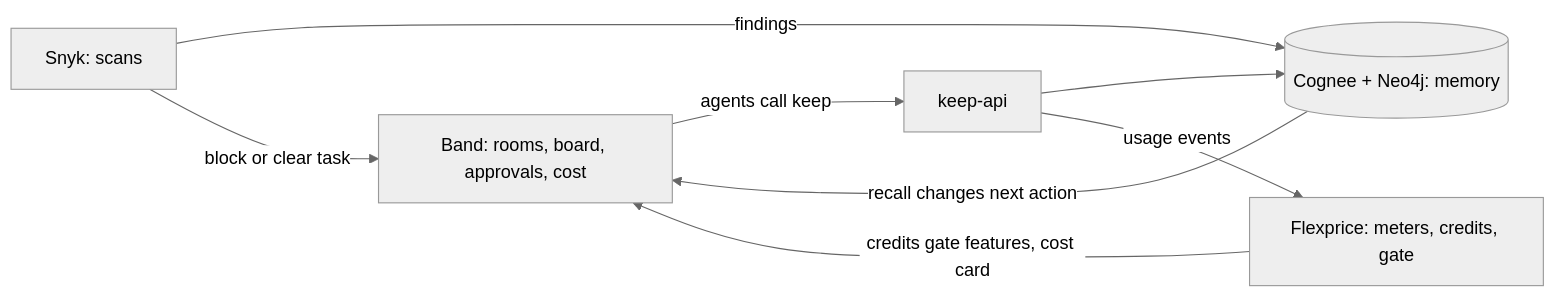
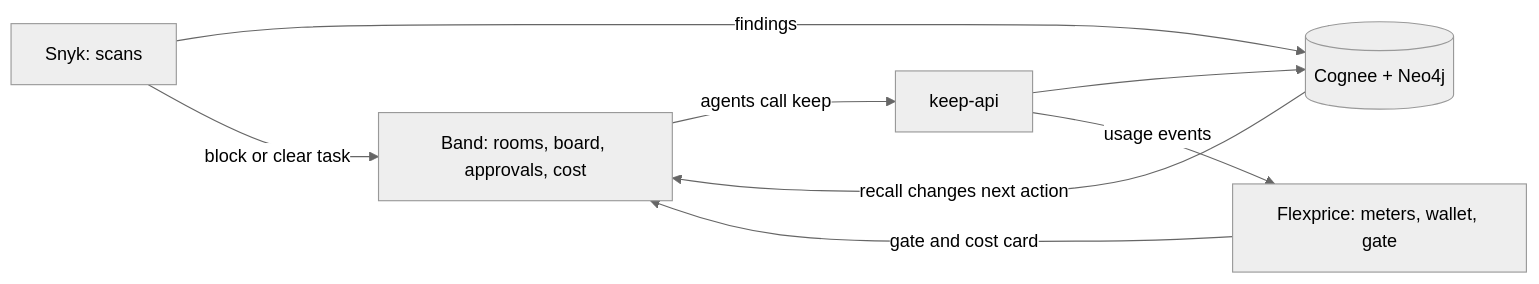
One commit to vs-githjk/sf-startup-challenge changed the diagram in scoring/README.md. Above: the diagram before and after it, drawn with Mermaid (neutral theme). The commit also changed other lines of this file, not shown here.

````diff
--- a/scoring/README.md
+++ b/scoring/README.md
@@ -7,10 +40,10 @@
 ```mermaid
 flowchart LR
     Band[Band: rooms, board, approvals, cost] -->|agents call keep| Keep[keep-api]
-    Keep --> Cognee[(Cognee + Neo4j: memory)]
-    Keep -->|usage events| Flex[Flexprice: meters, credits, gate]
+    Keep --> Cognee[(Cognee + Neo4j)]
+    Keep -->|usage events| Flex[Flexprice: meters, wallet, gate]
     Snyk[Snyk: scans] -->|findings| Cognee
     Snyk -->|block or clear task| Band
     Cognee -->|recall changes next action| Band
-    Flex -->|credits gate features, cost card| Band
+    Flex -->|gate and cost card| Band
 ```
````
